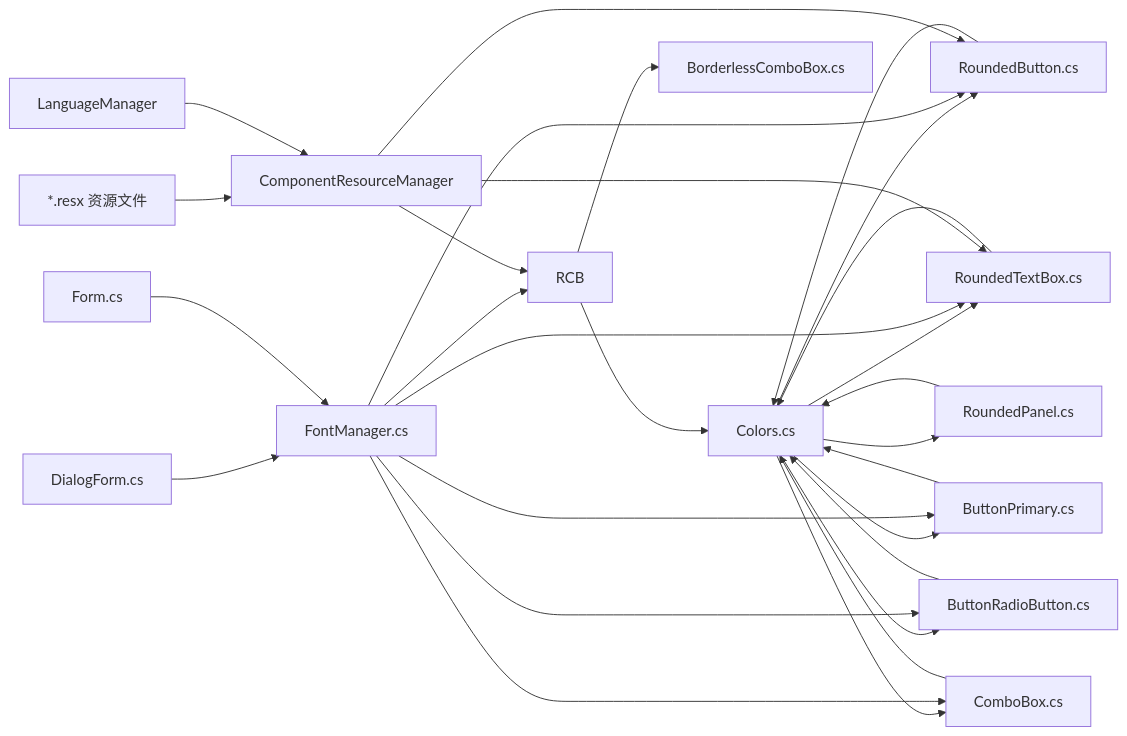
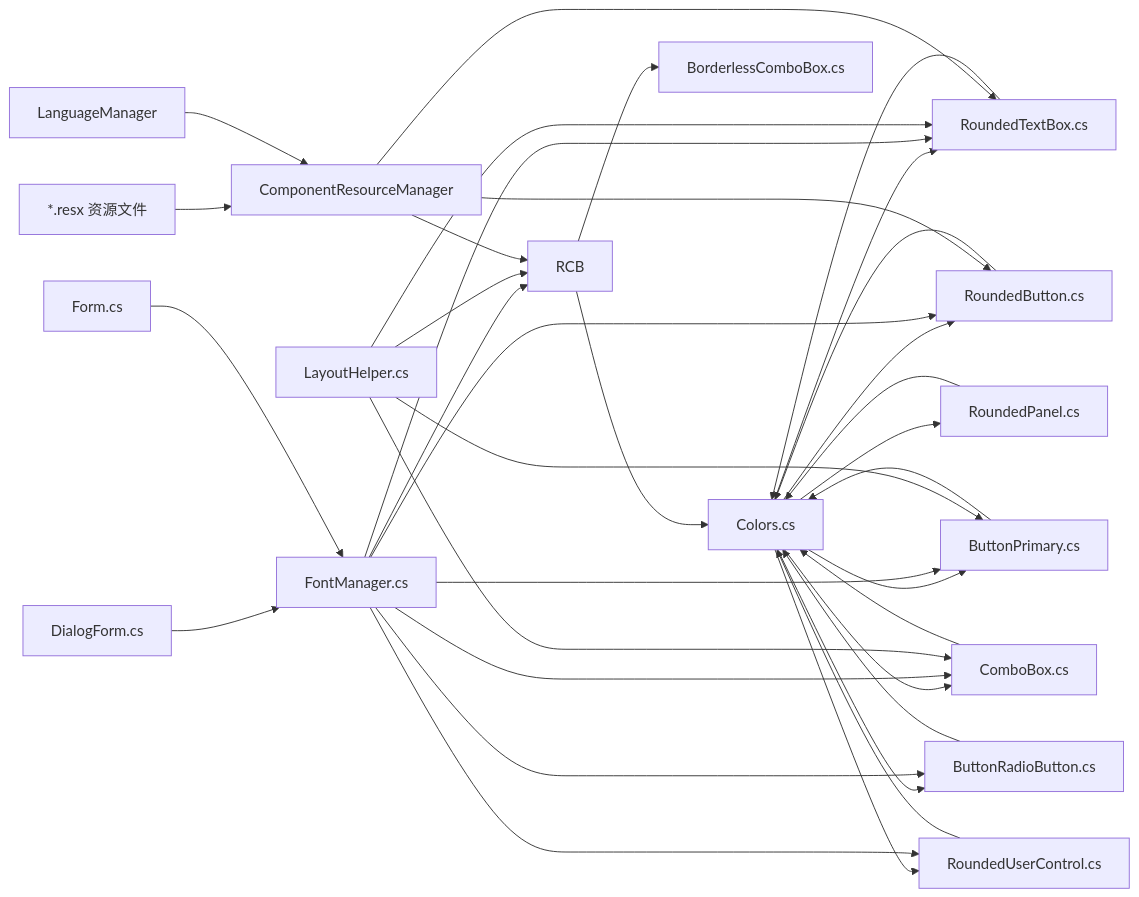
One commit to tea4go/Macro-Deck changed diagram 13 of 13 in .qoder/repowiki/zh/content/图形用户界面/自定义控件/自定义控件.md. Above: the diagram before and after it, drawn with Mermaid. The commit also changed other lines of this file and 5 other files, not shown here.

````diff
--- a/.qoder/repowiki/zh/content/图形用户界面/自定义控件/自定义控件.md
+++ b/.qoder/repowiki/zh/content/图形用户界面/自定义控件/自定义控件.md
@@ -639,30 +892,37 @@
 ```mermaid
 graph LR
 Colors["Colors.cs"] --> RB["RoundedButton.cs"]
 Colors --> RTB["RoundedTextBox.cs"]
 Colors --> RP["RoundedPanel.cs"]
 Colors --> BP["ButtonPrimary.cs"]
 Colors --> BRB["ButtonRadioButton.cs"]
 Colors --> CB["ComboBox.cs"]
+Colors --> RUC["RoundedUserControl.cs"]
 FontManager["FontManager.cs"] --> RTB
 FontManager --> RCB
 FontManager --> RB
 FontManager --> BP
 FontManager --> BRB
 FontManager --> CB
+FontManager --> RUC
+LayoutHelper["LayoutHelper.cs"] --> BP
+LayoutHelper --> CB
+LayoutHelper --> RTB
+LayoutHelper --> RCB
 DialogForm["DialogForm.cs"] --> FontManager
 Form["Form.cs"] --> FontManager
 RES["*.resx 资源文件"] --> CRM["ComponentResourceManager"]
 CRM --> RB
 CRM --> RTB
 CRM --> RCB
 LM["LanguageManager"] --> CRM
 RCB --> BLCB["BorderlessComboBox.cs"]
 RCB --> Colors
 RB --> Colors
 RTB --> Colors
 RP --> Colors
 BP --> Colors
 BRB --> Colors
 CB --> Colors
+RUC --> Colors
 ```
````
